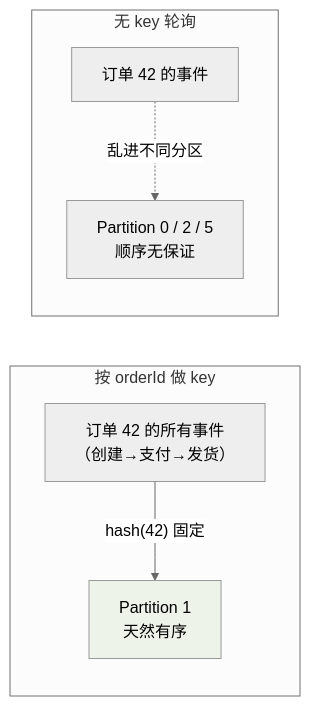
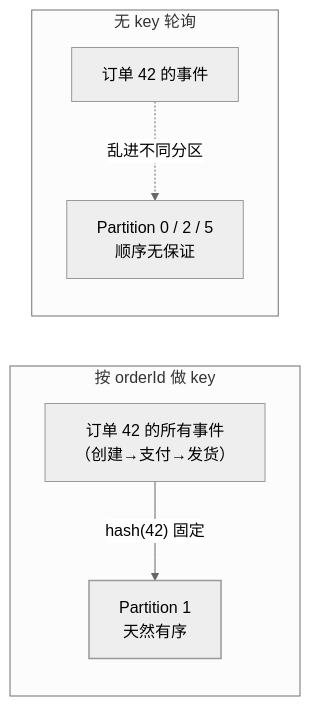
Before and after one commit to Loadhao/ascension: the first of 4 diagrams in src/content/docs/rocketmq/advanced/core/02-order-performance.md, drawn with Mermaid (neutral theme). The commit also changed other lines of this file and 87 other files, not shown here.

First line of the commit message:
fix: 全站图表配色改由主题接管，修复暗色主题下浅底浅字看不清

````diff
--- a/src/content/docs/rocketmq/advanced/core/02-order-performance.md
+++ b/src/content/docs/rocketmq/advanced/core/02-order-performance.md
@@ -15,11 +15,12 @@
 ```mermaid
 flowchart LR
     subgraph K["按 orderId 做 key"]
         A["订单 42 的所有事件<br/>（创建→支付→发货）"] -->|"hash(42) 固定"| P1["Partition 1<br/>天然有序"]
     end
     subgraph NL["无 key 轮询"]
         B["订单 42 的事件"] -.->|乱进不同分区| P2["Partition 0 / 2 / 5<br/>顺序无保证"]
     end
 
-    style P1 fill:#eef3ea
+    class P1 good
+    classDef good stroke-width:1.5px
 ```
````
